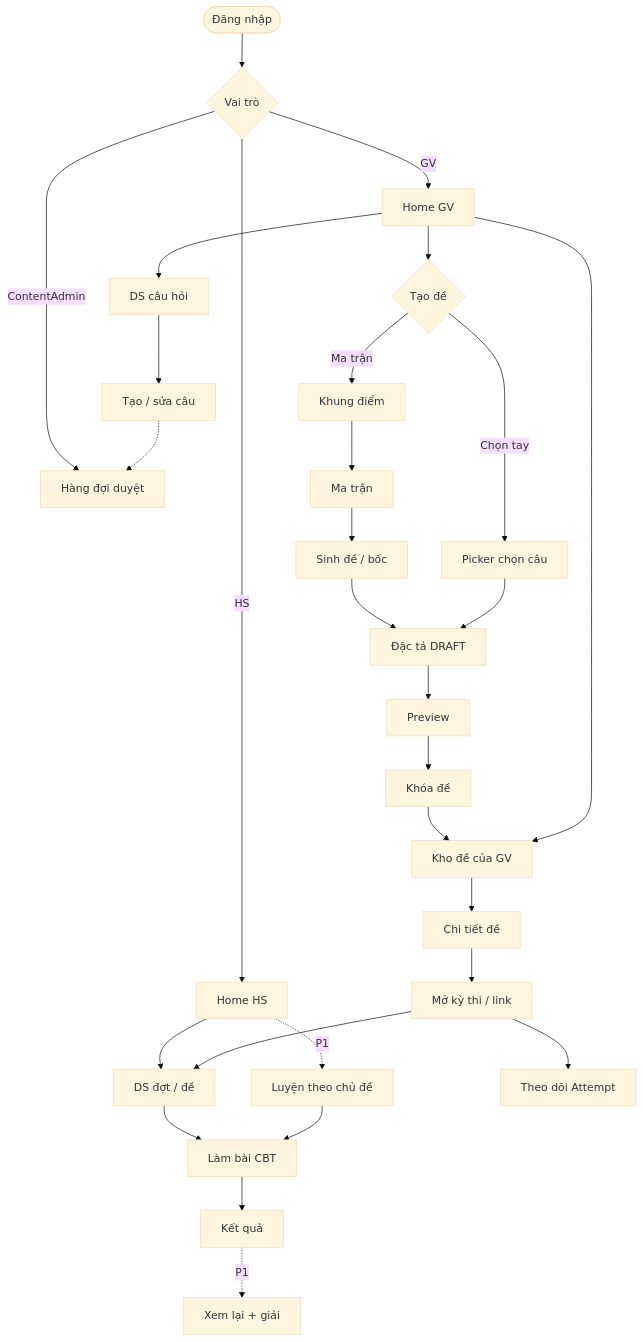
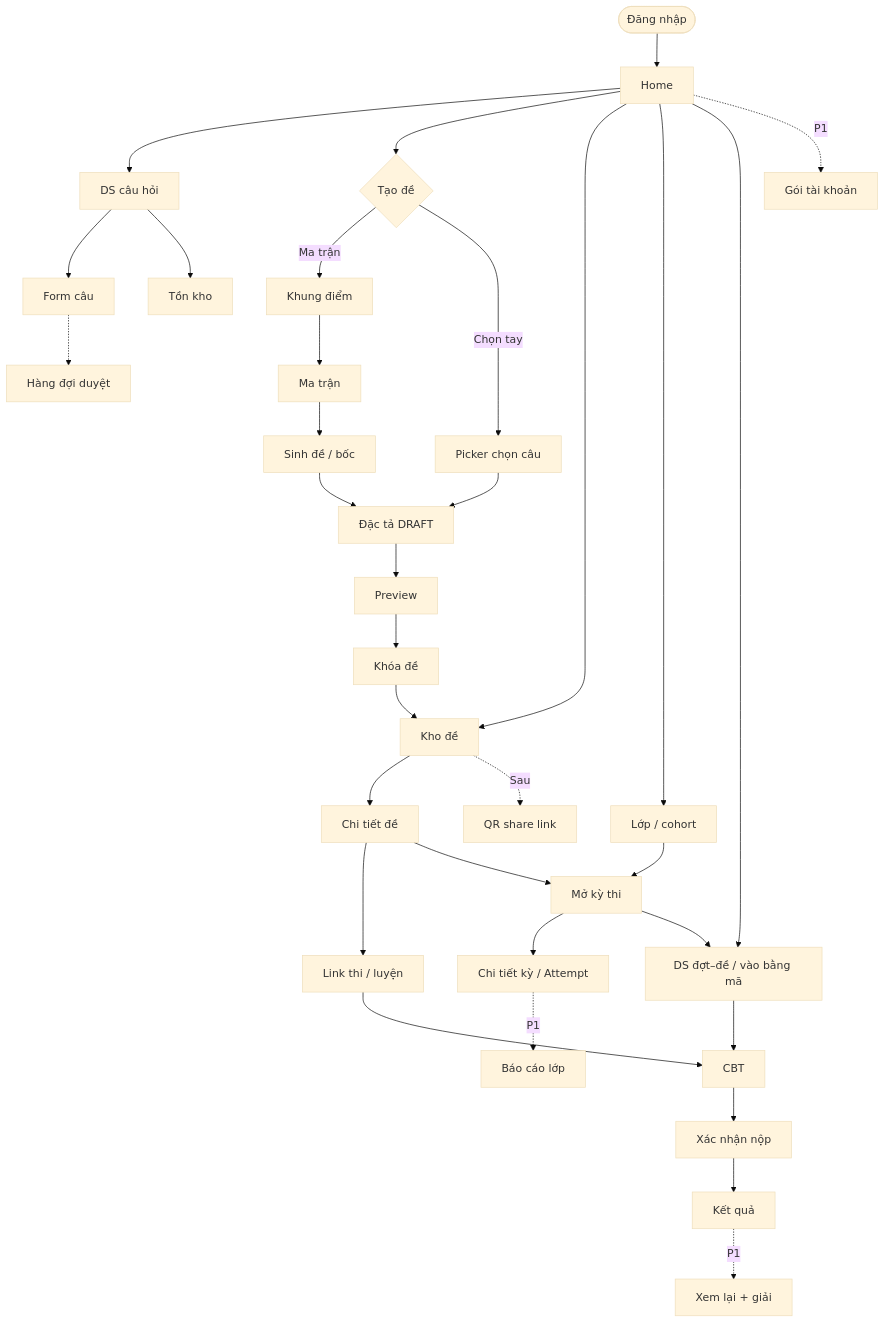
Before and after one commit to ANPHANVAN/educationGarena: the first of 2 diagrams in docs/BA/BA Demo/13-Luong-man-hinh-va-chuc-nang.md, drawn with Mermaid (base theme). The commit also changed other lines of this file and 2 other files, not shown here.

Commit message:
docs: Chỉ list màn hình thôi

````diff
--- a/docs/BA/BA Demo/13-Luong-man-hinh-va-chuc-nang.md
+++ b/docs/BA/BA Demo/13-Luong-man-hinh-va-chuc-nang.md
@@ -25,36 +34,40 @@
 ```mermaid
 flowchart TB
-  Login([Đăng nhập]) --> Role{Vai trò}
+  Login([Đăng nhập]) --> Home[Home]
 
-  Role -->|HS| HSHome[Home HS]
-  Role -->|GV| GVHome[Home GV]
-  Role -->|ContentAdmin| Review[Hàng đợi duyệt]
+  Home --> Bank[DS câu hỏi]
+  Bank --> QForm[Form câu]
+  Bank --> Stock[Tồn kho]
+  QForm -.-> Review[Hàng đợi duyệt]
 
-  HSHome --> HSList[DS đợt / đề]
-  HSList --> CBT[Làm bài CBT]
-  CBT --> Result[Kết quả]
-  Result -.->|P1| ReviewAns[Xem lại + giải]
-  HSHome -.->|P1| Practice[Luyện theo chủ đề]
-  Practice --> CBT
-
-  GVHome --> Bank[DS câu hỏi]
-  Bank --> QForm[Tạo / sửa câu]
-  QForm -.-> Review
-
-  GVHome --> Path{Tạo đề}
-  Path -->|Ma trận| Frame[Khung điểm]
+  Home --> Create{Tạo đề}
+  Create -->|Ma trận| Frame[Khung điểm]
   Frame --> Matrix[Ma trận]
   Matrix --> Gen[Sinh đề / bốc]
-  Path -->|Chọn tay| Picker[Picker chọn câu]
+  Create -->|Chọn tay| Picker[Picker chọn câu]
   Gen --> Spec[Đặc tả DRAFT]
   Picker --> Spec
   Spec --> Preview[Preview]
   Preview --> Lock[Khóa đề]
+  Lock --> Kho[Kho đề]
 
-  Lock --> KhoDe[Kho đề của GV]
-  GVHome --> KhoDe
-  KhoDe --> ExamDetail[Chi tiết đề]
-  ExamDetail --> Campaign[Mở kỳ thi / link]
-  Campaign --> HSList
-  Campaign --> CampDetail[Theo dõi Attempt]
+  Home --> Kho
+  Kho --> ExamDetail[Chi tiết đề]
+  ExamDetail --> Share[Link thi / luyện]
+  ExamDetail --> Campaign[Mở kỳ thi]
+  Campaign --> CampDetail[Chi tiết kỳ / Attempt]
+  Home --> Classes[Lớp / cohort]
+  Classes --> Campaign
+  CampDetail -.->|P1| Report[Báo cáo lớp]
+  Kho -.->|Sau| QR[QR share link]
+
+  Home --> OpenList[DS đợt–đề / vào bằng mã]
+  OpenList --> CBT[CBT]
+  Share --> CBT
+  Campaign --> OpenList
+  CBT --> Confirm[Xác nhận nộp]
+  Confirm --> Result[Kết quả]
+  Result -.->|P1| ReviewAns[Xem lại + giải]
+
+  Home -.->|P1| Plan[Gói tài khoản]
 ```
````
